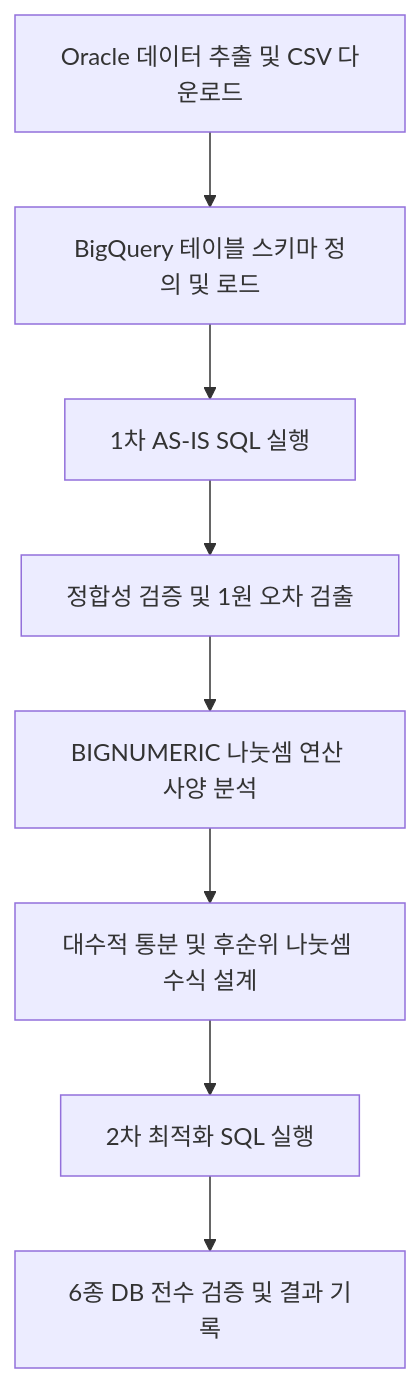
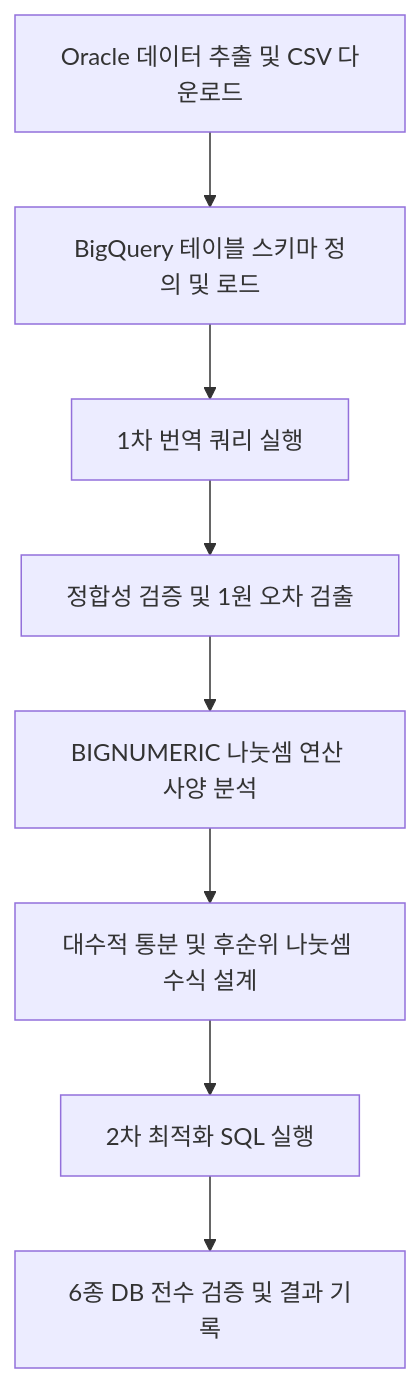
Before and after one commit to hajekim/hajekim.github.io: the first of 2 diagrams in _posts/2026-06-02-financial-settlement-db-precision-guide.md, drawn with Mermaid. The commit also changed other lines of this file, not shown here.

````diff
--- a/_posts/2026-06-02-financial-settlement-db-precision-guide.md
+++ b/_posts/2026-06-02-financial-settlement-db-precision-guide.md
@@ -43,10 +43,10 @@
 ```mermaid
 graph TD
     A[Oracle 데이터 추출 및 CSV 다운로드] --> B[BigQuery 테이블 스키마 정의 및 로드]
-    B --> C[1차 AS-IS SQL 실행]
+    B --> C[1차 번역 쿼리 실행]
     C --> D[정합성 검증 및 1원 오차 검출]
     D --> E[BIGNUMERIC 나눗셈 연산 사양 분석]
     E --> F[대수적 통분 및 후순위 나눗셈 수식 설계]
     F --> G[2차 최적화 SQL 실행]
     G --> H[6종 DB 전수 검증 및 결과 기록]
 ```
````
